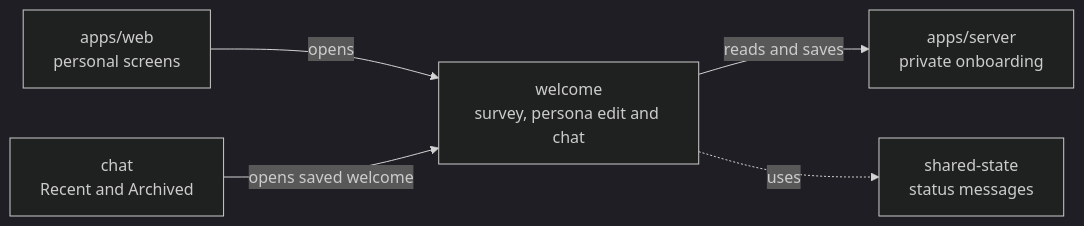
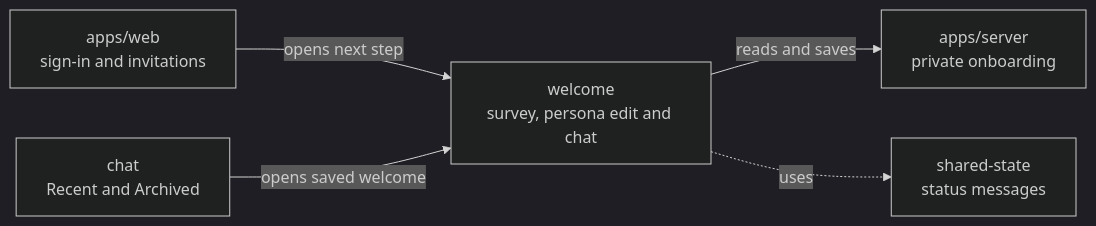
The diagram in apps/web/src/app/welcome/README.md (elewa-git/opencrane-new), drawn with Mermaid (dark theme) before and after one commit. The commit also changed other lines of this file and 53 other files, not shown here.

Commit message:
👋 Open the welcome survey on sign-in and enable packaged Memory

````diff
--- a/apps/web/src/app/welcome/README.md
+++ b/apps/web/src/app/welcome/README.md
@@ -14,7 +14,7 @@
 ```mermaid
 flowchart LR
-  web["apps/web<br/>personal screens"] -->|opens| welcome["welcome<br/>survey, persona edit and chat"]
+  web["apps/web<br/>sign-in and invitations"] -->|opens next step| welcome["welcome<br/>survey, persona edit and chat"]
   welcome -->|reads and saves| server["apps/server<br/>private onboarding"]
   chat["chat<br/>Recent and Archived"] -->|opens saved welcome| welcome
   welcome -.->|uses| state["shared-state<br/>status messages"]
 ```
````
